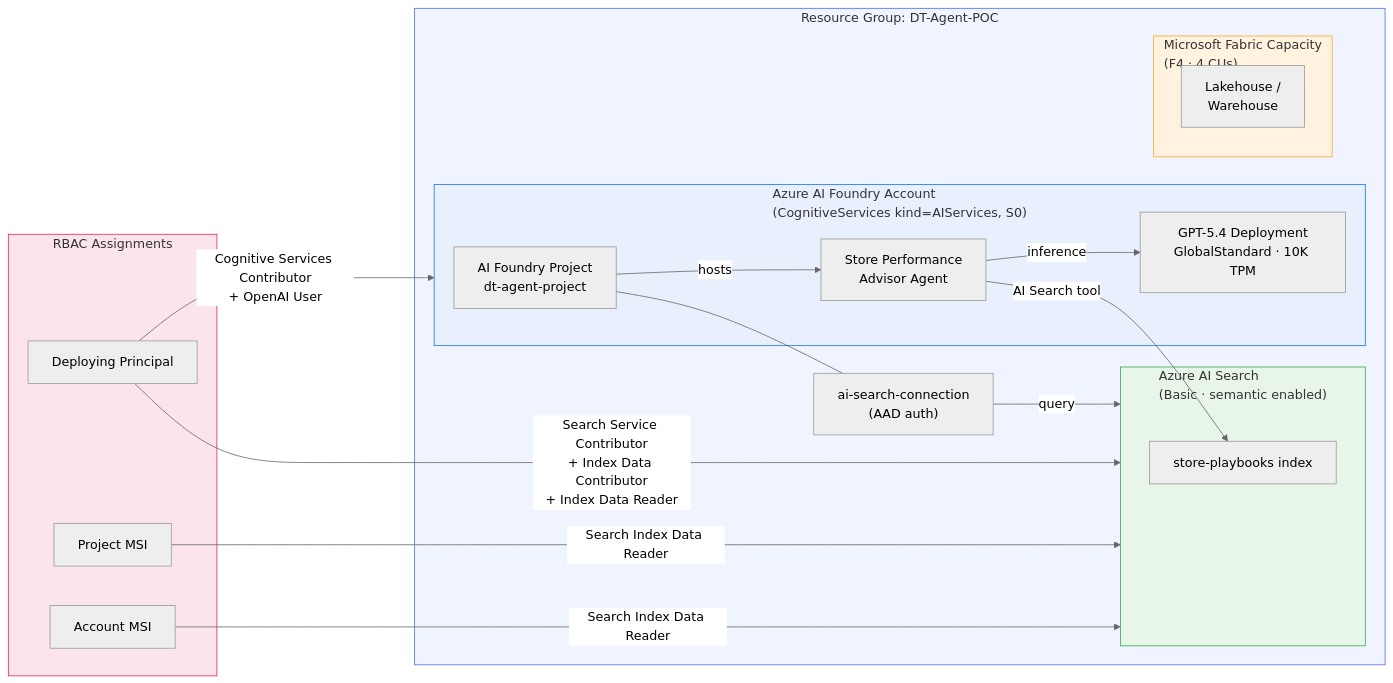
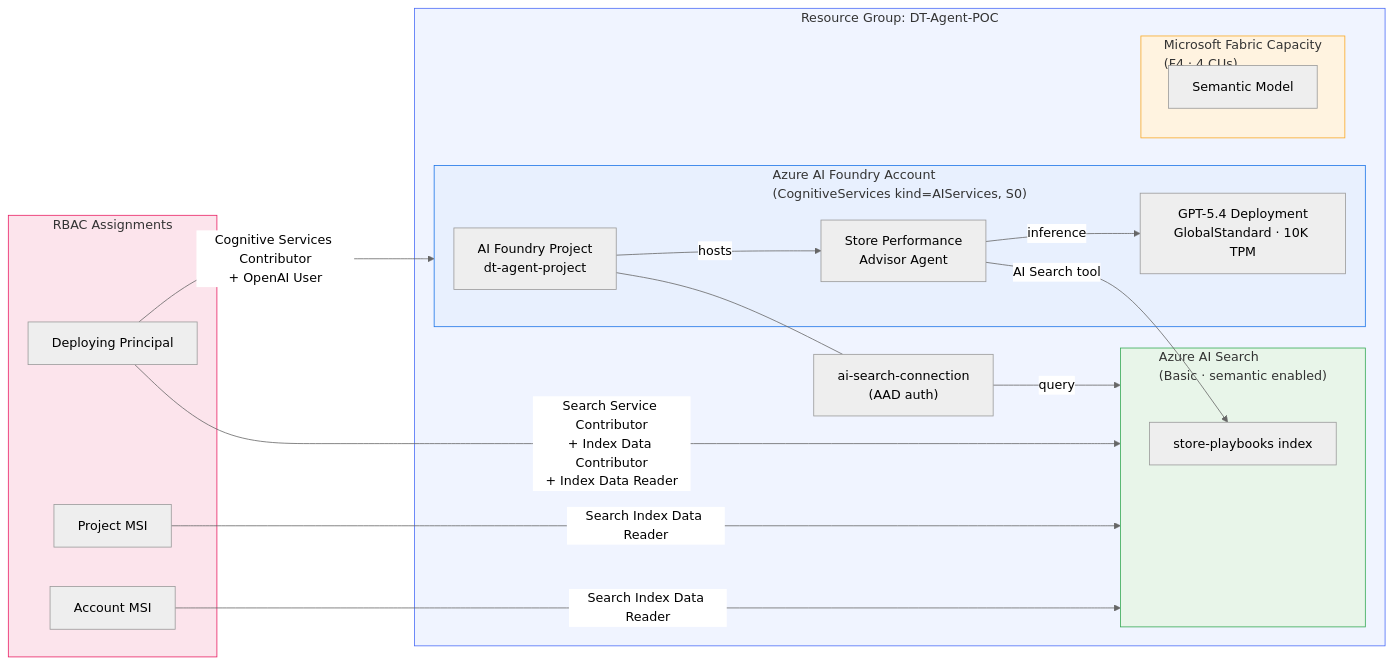
One commit to claraworkman/DT-Agent-POC-Accelerator changed the first of 2 diagrams in README.md. Above: the diagram before and after it, drawn with Mermaid (neutral theme).

Commit message:
docs: replace Lakehouse/Warehouse with Semantic Model in diagram

````diff
--- a/README.md
+++ b/README.md
@@ -150,41 +150,41 @@
 ```mermaid
 graph LR
     subgraph RG["Resource Group: DT-Agent-POC"]
         subgraph Foundry["Azure AI Foundry Account<br/>(CognitiveServices kind=AIServices, S0)"]
             Project["AI Foundry Project<br/>dt-agent-project"]
             GPT["GPT-5.4 Deployment<br/>GlobalStandard · 10K TPM"]
             Project -->|"hosts"| Agent["Store Performance<br/>Advisor Agent"]
             Agent -->|"inference"| GPT
         end
 
         subgraph Search["Azure AI Search<br/>(Basic · semantic enabled)"]
             Index["store-playbooks index"]
         end
 
         subgraph Fabric["Microsoft Fabric Capacity<br/>(F4 · 4 CUs)"]
-            Lakehouse["Lakehouse /<br/>Warehouse"]
+            SemanticModel["Semantic Model"]
         end
 
         Connection["ai-search-connection<br/>(AAD auth)"]
         Project --- Connection
         Connection -->|"query"| Search
     end
 
     subgraph RBAC["RBAC Assignments"]
         User["Deploying Principal"]
         ProjectMSI["Project MSI"]
         AccountMSI["Account MSI"]
         User -->|"Cognitive Services Contributor<br/>+ OpenAI User"| Foundry
         User -->|"Search Service Contributor<br/>+ Index Data Contributor<br/>+ Index Data Reader"| Search
         ProjectMSI -->|"Search Index Data Reader"| Search
         AccountMSI -->|"Search Index Data Reader"| Search
     end
 
     Agent -->|"AI Search tool"| Index
 
     style RG fill:#f0f4ff,stroke:#4a6cf7
     style Foundry fill:#e8f0fe,stroke:#1a73e8
     style Search fill:#e8f5e9,stroke:#34a853
     style Fabric fill:#fff3e0,stroke:#f9a825
     style RBAC fill:#fce4ec,stroke:#e91e63
 ```
````
